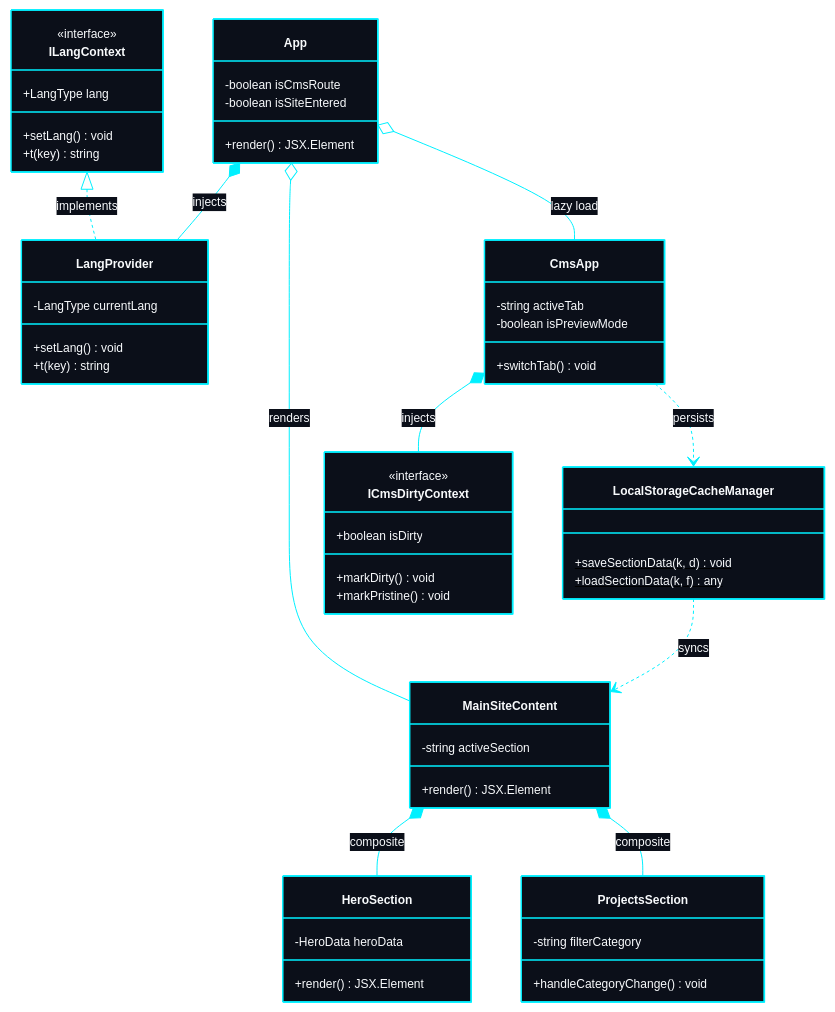
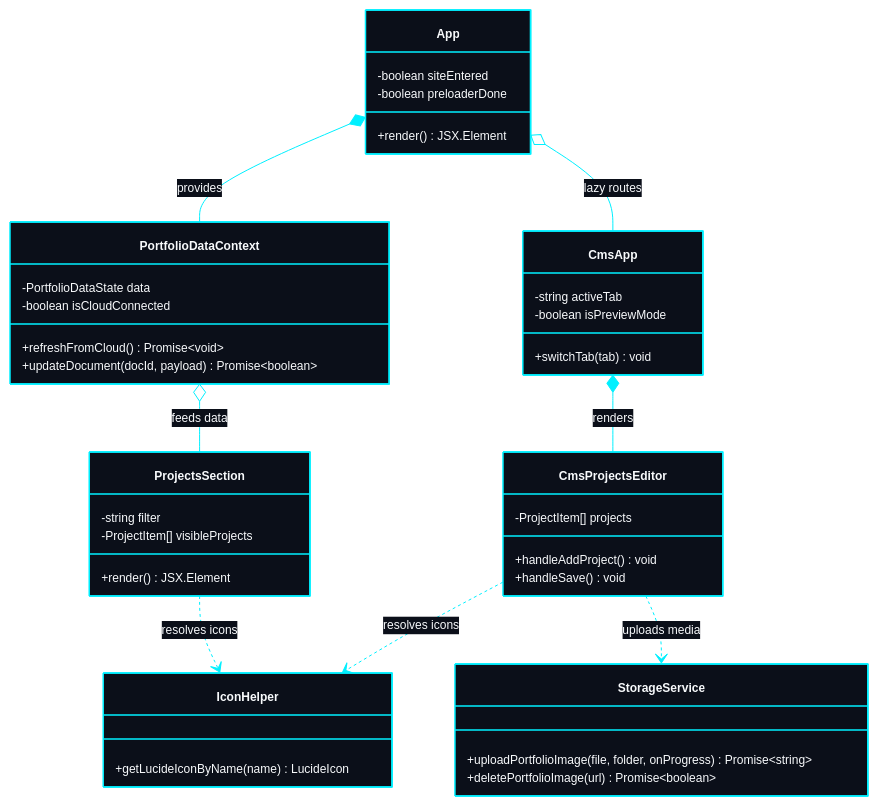
Before and after one commit to EricXJason/my-portfolio-website: the second of 3 diagrams in README.md, drawn with Mermaid. The commit also changed other lines of this file and 29 other files, not shown here.

Commit message:
feat(cms): 重構 CMS 與前臺雙向連動機制，支援 Storage 雲端直傳與 RWD 時間線優化

````diff
--- a/README.md
+++ b/README.md
@@ -104,74 +115,58 @@
     direction TB
 
     class App {
-        -boolean isCmsRoute
-        -boolean isSiteEntered
+        -boolean siteEntered
+        -boolean preloaderDone
         +render() JSX.Element
     }
 
-    class MainSiteContent {
-        -string activeSection
-        +render() JSX.Element
+    class PortfolioDataContext {
+        -PortfolioDataState data
+        -boolean isCloudConnected
+        +refreshFromCloud() Promise~void~
+        +updateDocument(docId, payload) Promise~boolean~
     }
 
-    class HeroSection {
-        -HeroData heroData
-        +render() JSX.Element
+    class StorageService {
+        +uploadPortfolioImage(file, folder, onProgress) Promise~string~
+        +deletePortfolioImage(url) Promise~boolean~
+    }
+
+    class IconHelper {
+        +getLucideIconByName(name) LucideIcon
     }
 
     class ProjectsSection {
-        -string filterCategory
-        +handleCategoryChange() void
-    }
-
-    class ILangContext {
-        <<interface>>
-        +LangType lang
-        +setLang() void
-        +t(key) string
-    }
-
-    class LangProvider {
-        -LangType currentLang
-        +setLang() void
-        +t(key) string
+        -string filter
+        -ProjectItem[] visibleProjects
+        +render() JSX.Element
     }
 
     class CmsApp {
         -string activeTab
         -boolean isPreviewMode
-        +switchTab() void
+        +switchTab(tab) void
     }
 
-    class ICmsDirtyContext {
-        <<interface>>
-        +boolean isDirty
-        +markDirty() void
-        +markPristine() void
+    class CmsProjectsEditor {
+        -ProjectItem[] projects
+        +handleAddProject() void
+        +handleSave() void
     }
 
-    class LocalStorageCacheManager {
-        +saveSectionData(k, d)$ void
-        +loadSectionData(k, f)$ any
-    }
-
-    App *-- LangProvider : injects
-    ILangContext <|.. LangProvider : implements
-    App o-- MainSiteContent : renders
-    MainSiteContent *-- HeroSection : composite
-    MainSiteContent *-- ProjectsSection : composite
-    App o-- CmsApp : lazy load
-    CmsApp *-- ICmsDirtyContext : injects
-    CmsApp ..> LocalStorageCacheManager : persists
-    LocalStorageCacheManager ..> MainSiteContent : syncs
+    App *-- PortfolioDataContext : provides
+    PortfolioDataContext o-- ProjectsSection : feeds data
+    App o-- CmsApp : lazy routes
+    CmsApp *-- CmsProjectsEditor : renders
+    CmsProjectsEditor ..> StorageService : uploads media
+    ProjectsSection ..> IconHelper : resolves icons
+    CmsProjectsEditor ..> IconHelper : resolves icons
 
     style App fill:#0b0f19,stroke:#00f0ff,stroke-width:1.5px,color:#f8fafc
-    style MainSiteContent fill:#0b0f19,stroke:#00f0ff,stroke-width:1.5px,color:#f8fafc
-    style HeroSection fill:#0b0f19,stroke:#00f0ff,stroke-width:1.5px,color:#f8fafc
+    style PortfolioDataContext fill:#0b0f19,stroke:#00f0ff,stroke-width:1.5px,color:#f8fafc
+    style StorageService fill:#0b0f19,stroke:#00f0ff,stroke-width:1.5px,color:#f8fafc
+    style IconHelper fill:#0b0f19,stroke:#00f0ff,stroke-width:1.5px,color:#f8fafc
     style ProjectsSection fill:#0b0f19,stroke:#00f0ff,stroke-width:1.5px,color:#f8fafc
-    style ILangContext fill:#0b0f19,stroke:#00f0ff,stroke-width:1.5px,color:#f8fafc
-    style LangProvider fill:#0b0f19,stroke:#00f0ff,stroke-width:1.5px,color:#f8fafc
     style CmsApp fill:#0b0f19,stroke:#00f0ff,stroke-width:1.5px,color:#f8fafc
-    style ICmsDirtyContext fill:#0b0f19,stroke:#00f0ff,stroke-width:1.5px,color:#f8fafc
-    style LocalStorageCacheManager fill:#0b0f19,stroke:#00f0ff,stroke-width:1.5px,color:#f8fafc
+    style CmsProjectsEditor fill:#0b0f19,stroke:#00f0ff,stroke-width:1.5px,color:#f8fafc
 ```
````
